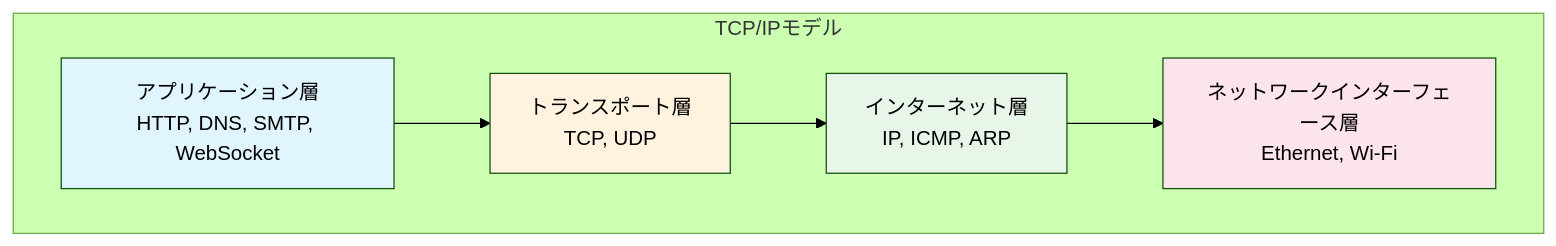
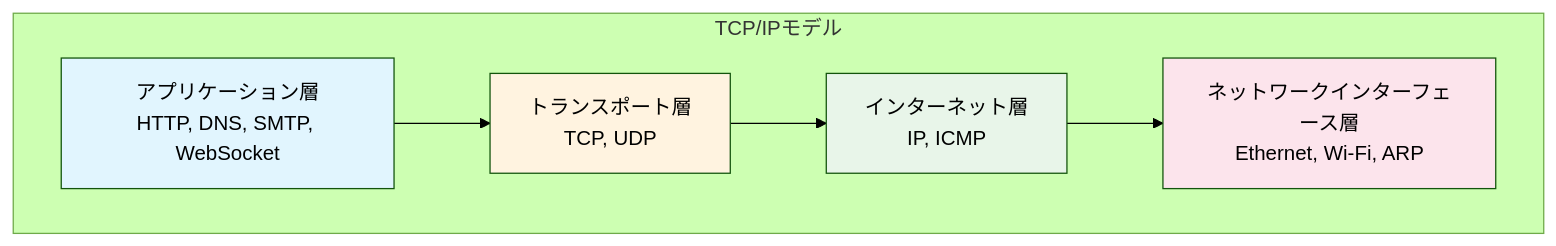
One commit to ryotaro-boost/web-engineer-knowledge-layers changed the first of 2 diagrams in Layer2-ネットワーク/TCP-IP.md. Above: the diagram before and after it, drawn with Mermaid (forest theme). The commit also changed 4 other files, not shown here.

````diff
--- a/Layer2-ネットワーク/TCP-IP.md
+++ b/Layer2-ネットワーク/TCP-IP.md
@@ -53,15 +53,15 @@
 ```mermaid
 graph TB
     subgraph "TCP/IPモデル"
         A["アプリケーション層<br/>HTTP, DNS, SMTP, WebSocket"]
         B["トランスポート層<br/>TCP, UDP"]
-        C["インターネット層<br/>IP, ICMP, ARP"]
-        D["ネットワークインターフェース層<br/>Ethernet, Wi-Fi"]
+        C["インターネット層<br/>IP, ICMP"]
+        D["ネットワークインターフェース層<br/>Ethernet, Wi-Fi, ARP"]
     end
     A --> B --> C --> D
 
     style A fill:#e1f5fe
     style B fill:#fff3e0
     style C fill:#e8f5e9
     style D fill:#fce4ec
 ```
````
